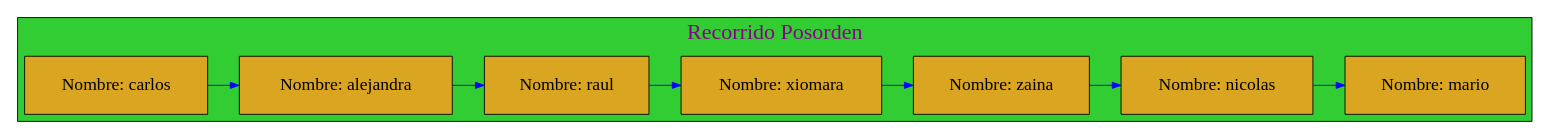
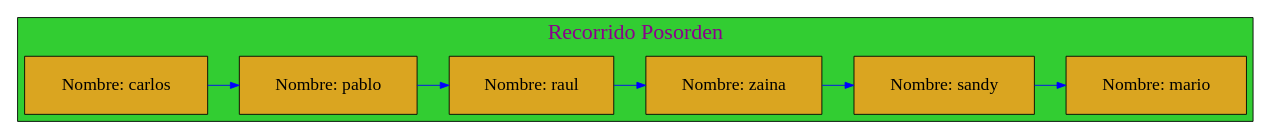
Before and after one commit to mariotun/EDD_1S2020_PY1_201602942: the diagram in Graficas/Recorrido_Posorden.dot, drawn with Graphviz. The commit also changed 16 other files, not shown here.

```diff
--- a/Graficas/Recorrido_Posorden.dot
+++ b/Graficas/Recorrido_Posorden.dot
@@ -1,29 +1,28 @@
 digraph Posorder_Traversal{
 
 graph[ranksep= "0.5",nodesep= "0.5"];subgraph cluster_5{
 
 label="Recorrido Posorden";
 labelloc=t;
 fontcolor=magenta4;
 fontname=algerian;
 fontsize=25;
 style=filled;
 fillcolor=limegreen;
 
 node[margin=0.3 shape=box style=filled fontcolor=black fillcolor=goldenrod fontsize=20];
 {rank=same;
 
-25770344928[label="Nombre: carlos " ];
-25770344352[label="Nombre: alejandra " ];
-25770345568[label="Nombre: raul " ];
-25770345488[label="Nombre: xiomara " ];
-25770345008[label="Nombre: zaina " ];
-25770344624[label="Nombre: nicolas " ];
-25769968848[label="Nombre: mario " ];
+25770476512[label="Nombre: carlos " ];
+25770476288[label="Nombre: pablo " ];
+25770476992[label="Nombre: raul " ];
+25770477200[label="Nombre: zaina " ];
+25770475984[label="Nombre: sandy " ];
+25770475776[label="Nombre: mario " ];
 };
-25770344928 -> 25770344352 -> 25770345568 -> 25770345488 -> 25770345008 -> 25770344624 -> 25769968848 
+25770476512 -> 25770476288 -> 25770476992 -> 25770477200 -> 25770475984 -> 25770475776 
 
 [color=blue ];
 }
 
 }
```
